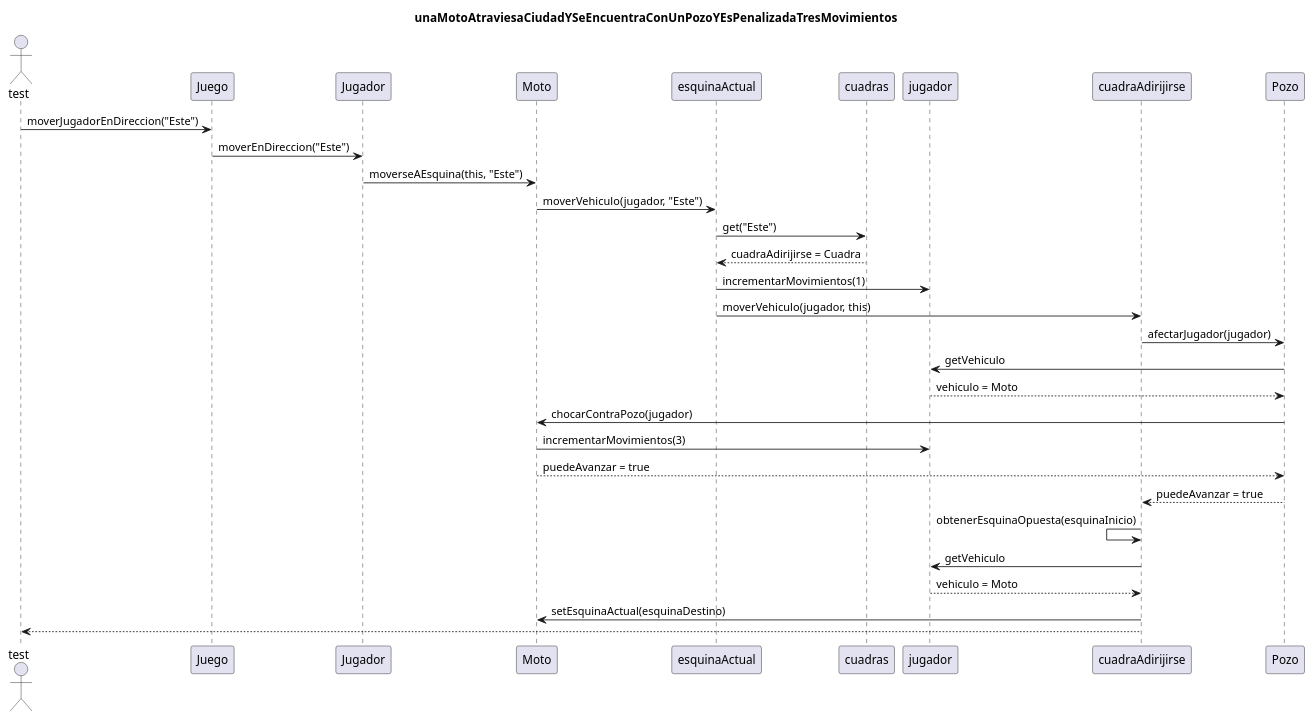
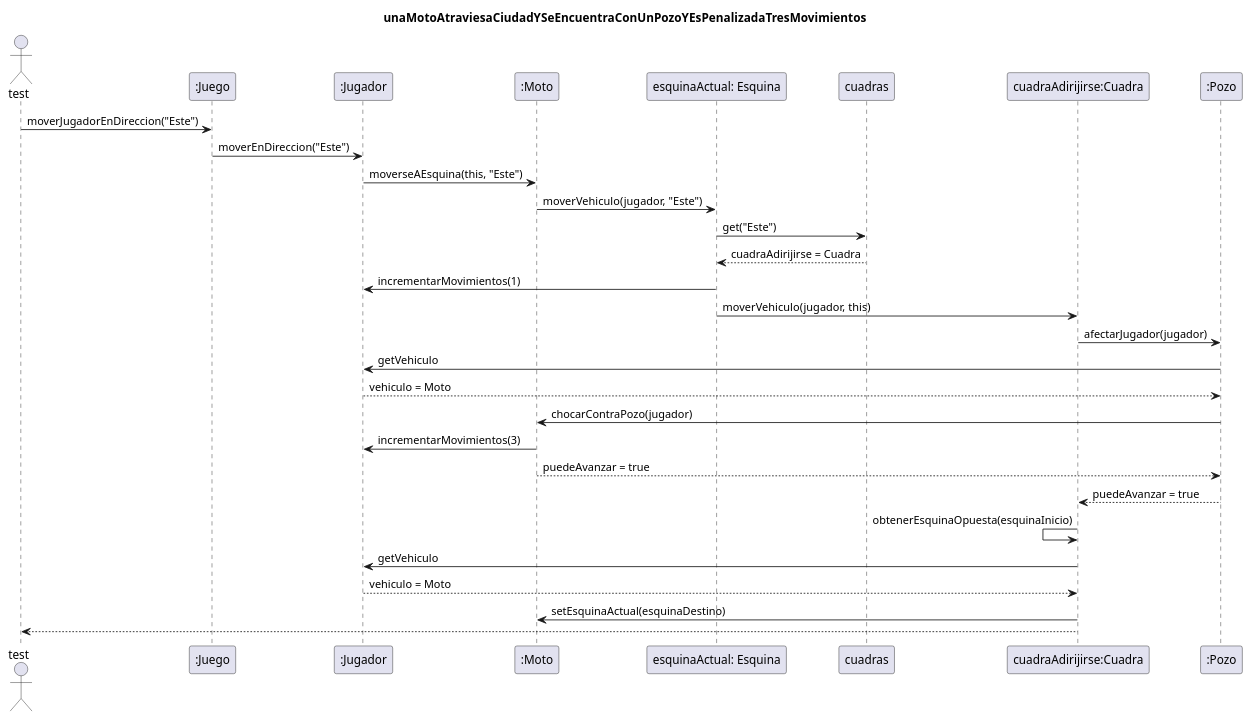
Before and after one commit to TP2Algo3FIUBA/tp2: the diagram in diagrams/sequences/entrega01/CasoDeUso01.plantuml, drawn with PlantUML. The commit also changed 5 other files, not shown here.

```diff
--- a/diagrams/sequences/entrega01/CasoDeUso01.plantuml
+++ b/diagrams/sequences/entrega01/CasoDeUso01.plantuml
@@ -1,28 +1,28 @@
 @startuml
 
 title: unaMotoAtraviesaCiudadYSeEncuentraConUnPozoYEsPenalizadaTresMovimientos
 
 
 Actor test
-test -> Juego : moverJugadorEnDireccion("Este")
-Juego -> Jugador : moverEnDireccion("Este")
-Jugador -> Moto : moverseAEsquina(this, "Este")
-Moto -> esquinaActual : moverVehiculo(jugador, "Este")
-esquinaActual -> cuadras : get("Este")
-esquinaActual <-- cuadras : cuadraAdirijirse = Cuadra
-esquinaActual -> jugador : incrementarMovimientos(1)
-esquinaActual -> cuadraAdirijirse : moverVehiculo(jugador, this)
-cuadraAdirijirse -> Pozo : afectarJugador(jugador)
-Pozo -> jugador : getVehiculo
-Pozo <-- jugador : vehiculo = Moto
-Pozo -> Moto : chocarContraPozo(jugador)
-Moto -> jugador : incrementarMovimientos(3)
-Pozo <-- Moto : puedeAvanzar = true
-cuadraAdirijirse <-- Pozo : puedeAvanzar = true
-cuadraAdirijirse <- cuadraAdirijirse : obtenerEsquinaOpuesta(esquinaInicio)
-cuadraAdirijirse -> jugador : getVehiculo
-cuadraAdirijirse <-- jugador : vehiculo = Moto
-cuadraAdirijirse -> Moto : setEsquinaActual(esquinaDestino)
-test <-- cuadraAdirijirse
+test -> ":Juego" : moverJugadorEnDireccion("Este")
+":Juego" -> ":Jugador"  : moverEnDireccion("Este")
+":Jugador"  -> ":Moto" : moverseAEsquina(this, "Este")
+":Moto"  -> "esquinaActual: Esquina" : moverVehiculo(jugador, "Este")
+"esquinaActual: Esquina" -> cuadras : get("Este")
+"esquinaActual: Esquina" <-- cuadras : cuadraAdirijirse = Cuadra
+"esquinaActual: Esquina" -> ":Jugador"  : incrementarMovimientos(1)
+"esquinaActual: Esquina" -> "cuadraAdirijirse:Cuadra" : moverVehiculo(jugador, this)
+"cuadraAdirijirse:Cuadra" -> ":Pozo" : afectarJugador(jugador)
+":Pozo" -> ":Jugador"  : getVehiculo
+":Pozo" <-- ":Jugador"  : vehiculo = Moto
+":Pozo" -> ":Moto"  : chocarContraPozo(jugador)
+":Moto"  -> ":Jugador"  : incrementarMovimientos(3)
+":Pozo" <-- ":Moto"  : puedeAvanzar = true
+"cuadraAdirijirse:Cuadra" <-- ":Pozo" : puedeAvanzar = true
+"cuadraAdirijirse:Cuadra" <- "cuadraAdirijirse:Cuadra" : obtenerEsquinaOpuesta(esquinaInicio)
+"cuadraAdirijirse:Cuadra" -> ":Jugador"  : getVehiculo
+"cuadraAdirijirse:Cuadra" <-- ":Jugador"  : vehiculo = Moto
+"cuadraAdirijirse:Cuadra" -> ":Moto"  : setEsquinaActual(esquinaDestino)
+test <-- "cuadraAdirijirse:Cuadra"
 
 @enduml
```
